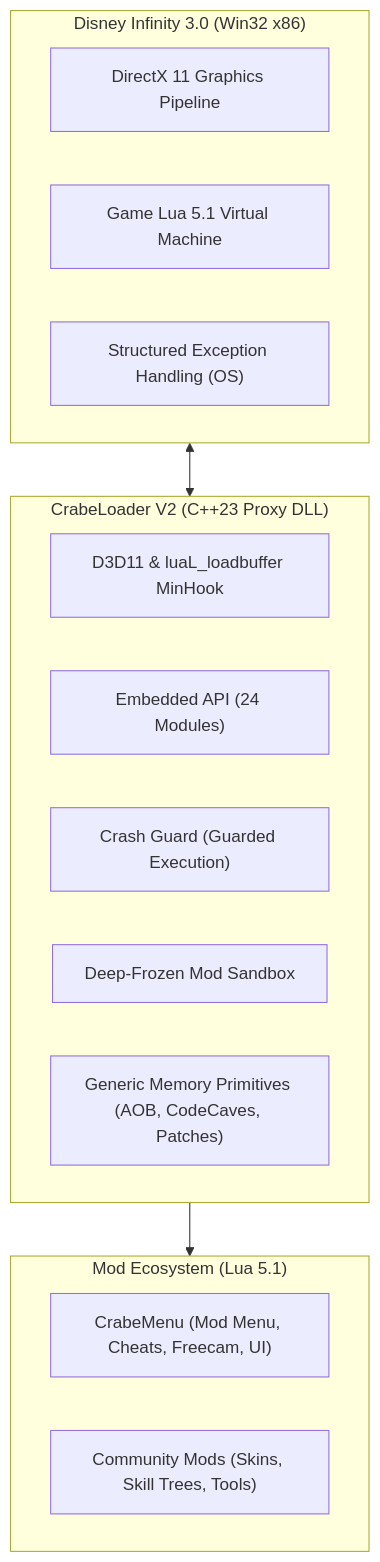
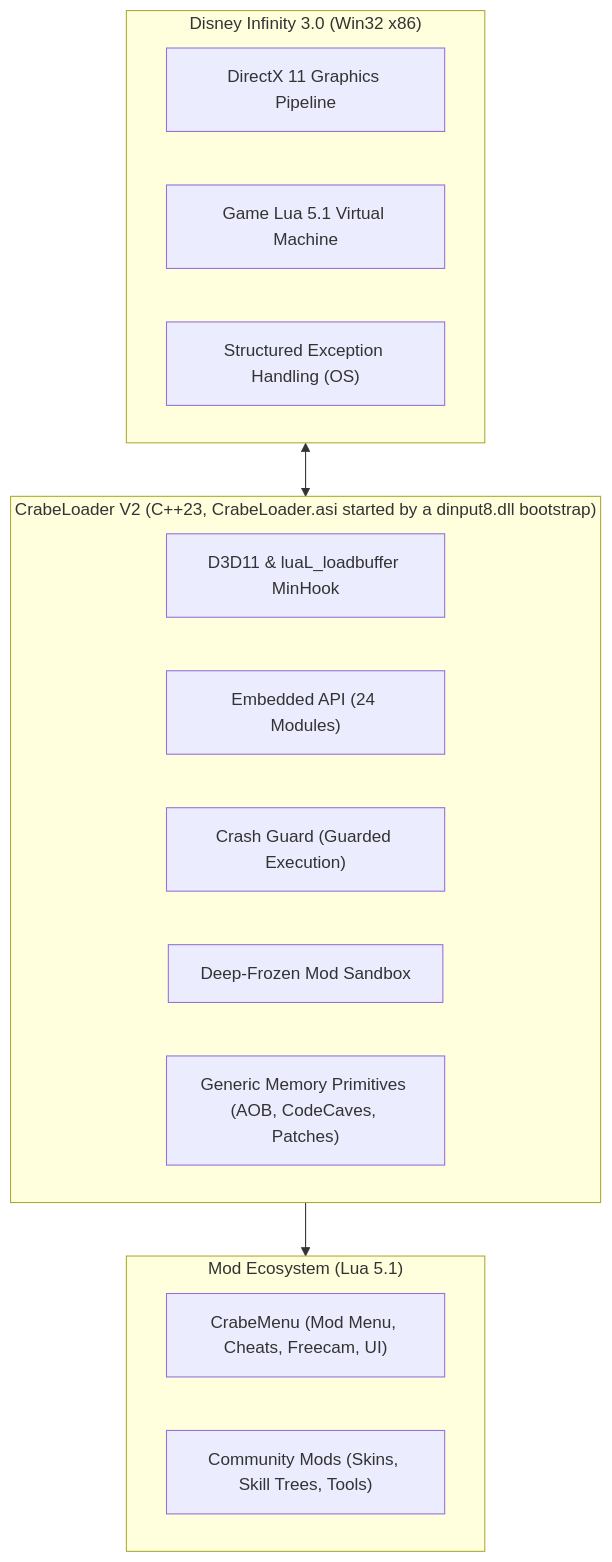
One commit to LucasLhomme/CrabeLoader changed the diagram in docs/guides/README.md. Above: the diagram before and after it, drawn with Mermaid. The commit also changed other lines of this file and 41 other files, not shown here.

````diff
--- a/docs/guides/README.md
+++ b/docs/guides/README.md
@@ -27,24 +27,24 @@
 ```mermaid
 flowchart TD
     subgraph ENGINE["Disney Infinity 3.0 (Win32 x86)"]
         D3D["DirectX 11 Graphics Pipeline"]
         LUA_VM["Game Lua 5.1 Virtual Machine"]
         SEH["Structured Exception Handling (OS)"]
     end
 
-    subgraph LOADER["CrabeLoader V2 (C++23 Proxy DLL)"]
+    subgraph LOADER["CrabeLoader V2 (C++23, CrabeLoader.asi started by a dinput8.dll bootstrap)"]
         HOOKS["D3D11 & luaL_loadbuffer MinHook"]
         EMBED["Embedded API (24 Modules)"]
         CRASH_GUARD["Crash Guard (Guarded Execution)"]
         SANDBOX["Deep-Frozen Mod Sandbox"]
         MEM_PRIMS["Generic Memory Primitives (AOB, CodeCaves, Patches)"]
     end
 
     subgraph MODS["Mod Ecosystem (Lua 5.1)"]
         CRABEMENU["CrabeMenu (Mod Menu, Cheats, Freecam, UI)"]
         COMMUNITY_MODS["Community Mods (Skins, Skill Trees, Tools)"]
     end
 
     ENGINE <--> LOADER
     LOADER --> MODS
 ```
````
